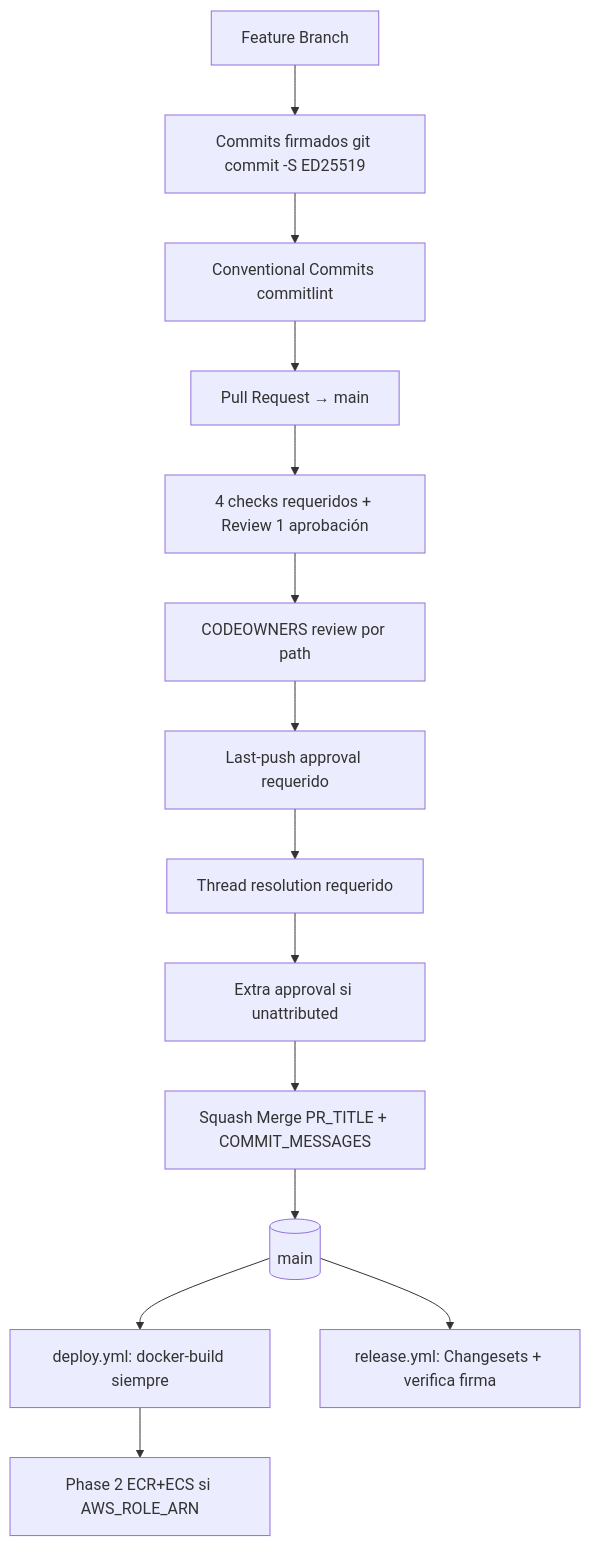
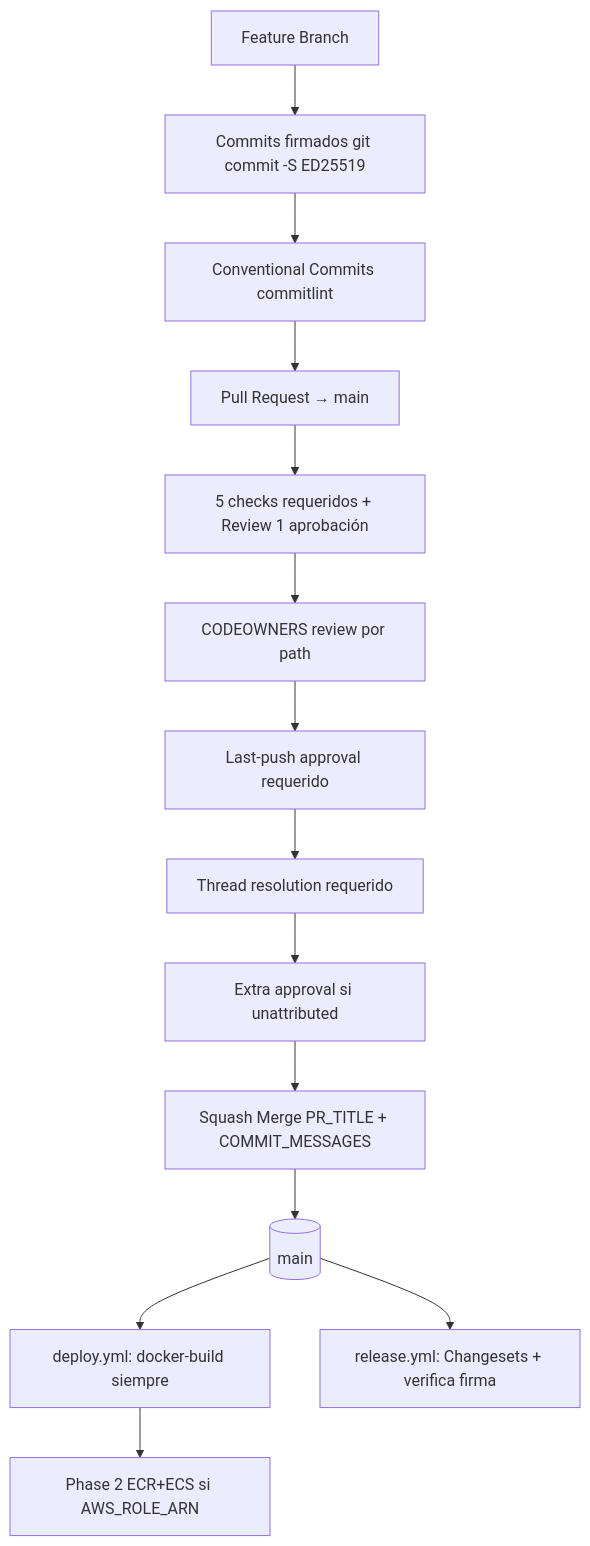
The second of 2 diagrams in docs/CONTEXT-CICD.md (Freelancer-soluctions/Project-one), drawn with Mermaid before and after one commit. The commit also changed other lines of this file and 8 other files, not shown here.

````diff
--- a/docs/CONTEXT-CICD.md
+++ b/docs/CONTEXT-CICD.md
@@ -501,16 +507,16 @@
 ```mermaid
 flowchart TD
     FB[Feature Branch] --> COMMITS[Commits firmados git commit -S ED25519]
     COMMITS --> CC[Conventional Commits commitlint]
     CC --> PR[Pull Request → main]
-    PR --> GATE[4 checks requeridos + Review 1 aprobación]
+    PR --> GATE[5 checks requeridos + Review 1 aprobación]
     GATE --> CODEOWNERS[CODEOWNERS review por path]
     CODEOWNERS --> LAST_PUSH[Last-push approval requerido]
     LAST_PUSH --> THREADS[Thread resolution requerido]
     THREADS --> EXTRA[Extra approval si unattributed]
     EXTRA --> SQUASH[Squash Merge PR_TITLE + COMMIT_MESSAGES]
     SQUASH --> MAIN[(main)]
     MAIN --> DEPLOY[deploy.yml: docker-build siempre]
     MAIN --> RELEASE[release.yml: Changesets + verifica firma]
     DEPLOY --> PHASE2[Phase 2 ECR+ECS si AWS_ROLE_ARN]
 ```
````
